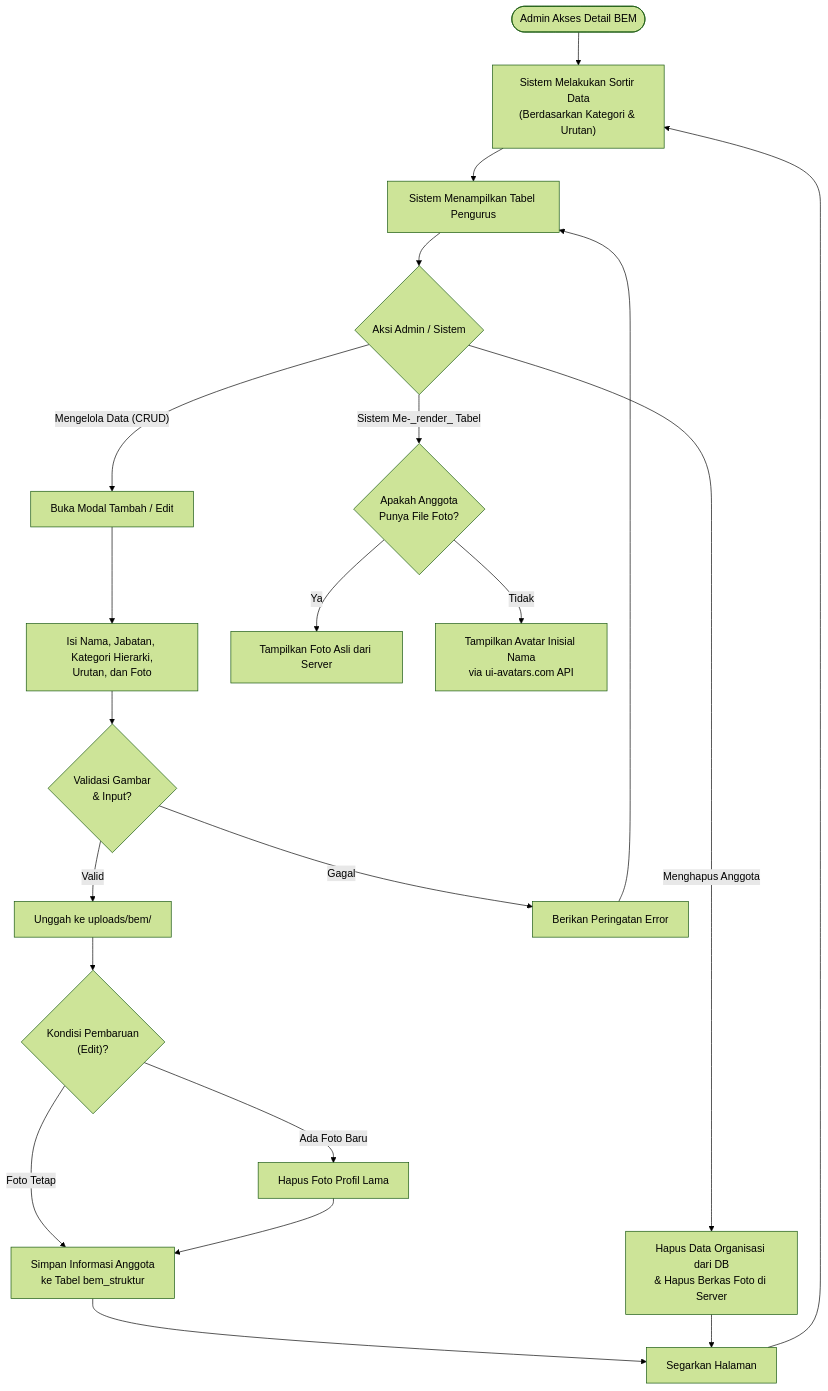
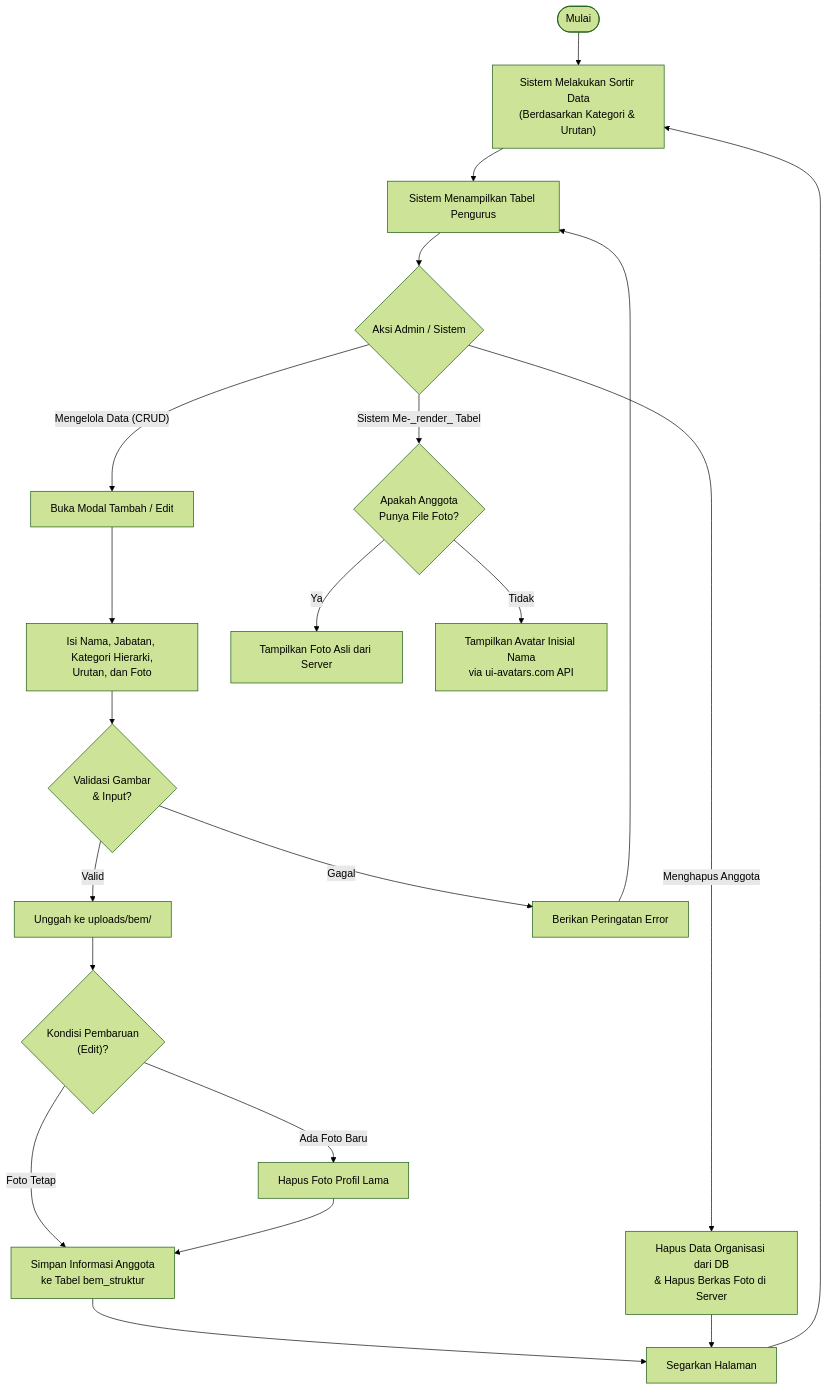
One commit to arbain-dev/Web_fikom changed the third of 3 diagrams in docs/activity_diagram_akademik_organisasi.md. Above: the diagram before and after it, drawn with Mermaid (forest theme). The commit also changed other lines of this file and 7 other files, not shown here.

Commit message:
docs: standarisasi semua awal flowchart diagram menjadi 'Mulai'

````diff
--- a/docs/activity_diagram_akademik_organisasi.md
+++ b/docs/activity_diagram_akademik_organisasi.md
@@ -107,34 +107,34 @@
 ```mermaid
 flowchart TD
-    Start([Admin Akses Detail BEM]) --> QueryData["Sistem Melakukan Sortir Data<br>(Berdasarkan Kategori & Urutan)"]
+    Mulai([Mulai]) --> QueryData["Sistem Melakukan Sortir Data<br>(Berdasarkan Kategori & Urutan)"]
     QueryData --> ShowTable["Sistem Menampilkan Tabel Pengurus"]
     
     ShowTable --> Action{"Aksi Admin / Sistem"}
     
     %% Alur Input Data
     Action -- "Mengelola Data (CRUD)" --> FormModal["Buka Modal Tambah / Edit"]
     FormModal --> FillData["Isi Nama, Jabatan, Kategori Hierarki,<br>Urutan, dan Foto"]
     FillData --> ValidateData{"Validasi Gambar<br>& Input?"}
     
     ValidateData -- "Valid" --> MovePhoto["Unggah ke uploads/bem/"]
     MovePhoto --> LogicEdit{"Kondisi Pembaruan<br>(Edit)?"}
     
     LogicEdit -- "Ada Foto Baru" --> DelOldPhoto["Hapus Foto Profil Lama"]
     LogicEdit -- "Foto Tetap" --> SaveDB["Simpan Informasi Anggota<br>ke Tabel bem_struktur"]
     DelOldPhoto --> SaveDB
     
     ValidateData -- "Gagal" --> ErrorMsg["Berikan Peringatan Error"]
     
     %% Alur Rendering / Hapus
     Action -- "Sistem Me-_render_ Tabel" --> CheckPhoto{"Apakah Anggota<br>Punya File Foto?"}
     CheckPhoto -- "Ya" --> RenderImg["Tampilkan Foto Asli dari Server"]
     CheckPhoto -- "Tidak" --> FallbackImg["Tampilkan Avatar Inisial Nama<br>via ui-avatars.com API"]
     
     Action -- "Menghapus Anggota" --> DeleteProcess["Hapus Data Organisasi dari DB<br>& Hapus Berkas Foto di Server"]
     
     SaveDB --> Reload["Segarkan Halaman"]
     DeleteProcess --> Reload
     ErrorMsg --> ShowTable
     
     Reload --> QueryData
 ```
````
